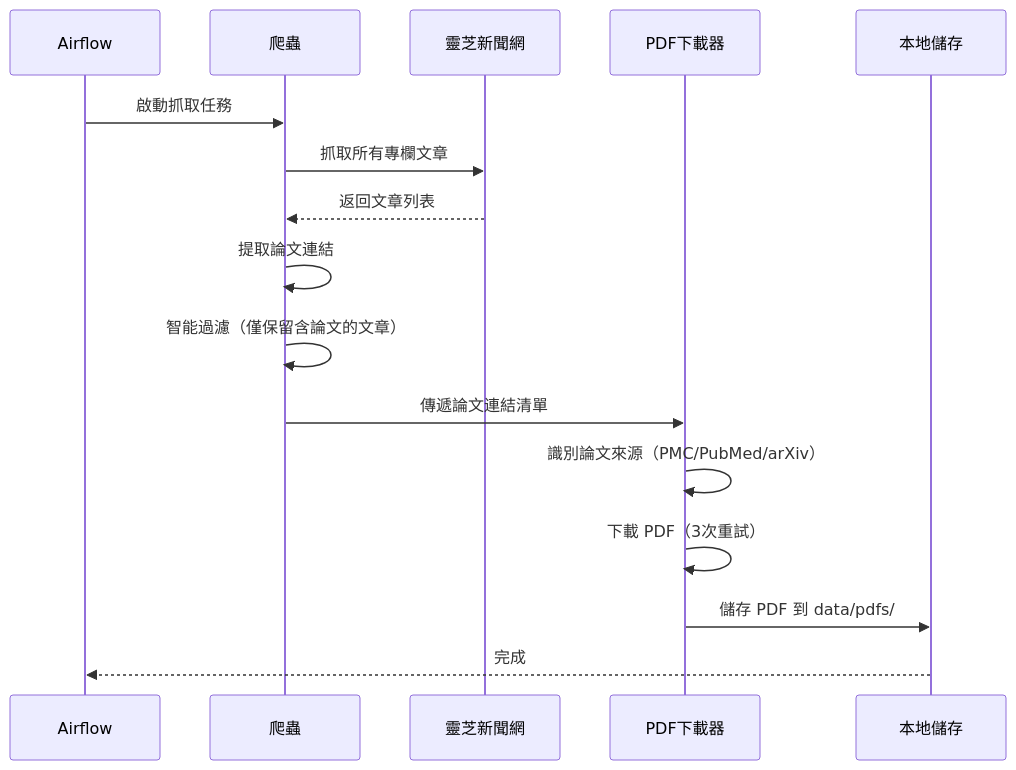
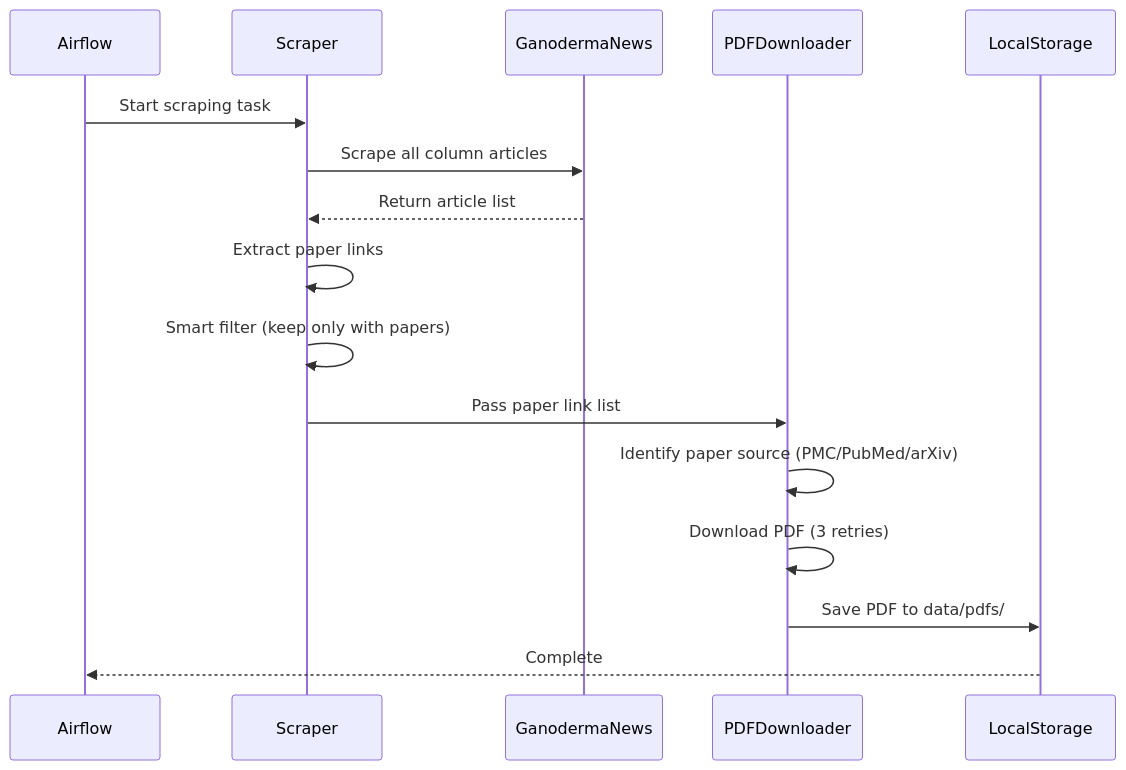
Before and after one commit to hanssusansu/Ganoderma-Paper-RAG-System-: the second of 4 diagrams in docs/SYSTEM_OVERVIEW.md, drawn with Mermaid. The commit also changed other lines of this file and 26 other files, not shown here.

````diff
--- a/docs/SYSTEM_OVERVIEW.md
+++ b/docs/SYSTEM_OVERVIEW.md
@@ -179,19 +179,19 @@
 ```mermaid
 sequenceDiagram
     participant Airflow
-    participant Scraper as 爬蟲
-    participant GNews as 靈芝新聞網
-    participant Downloader as PDF下載器
-    participant Storage as 本地儲存
+    participant Scraper
+    participant GNews as GanodermaNews
+    participant Downloader as PDFDownloader
+    participant Storage as LocalStorage
     
-    Airflow->>Scraper: 啟動抓取任務
-    Scraper->>GNews: 抓取所有專欄文章
-    GNews-->>Scraper: 返回文章列表
-    Scraper->>Scraper: 提取論文連結
-    Scraper->>Scraper: 智能過濾（僅保留含論文的文章）
-    Scraper->>Downloader: 傳遞論文連結清單
-    Downloader->>Downloader: 識別論文來源（PMC/PubMed/arXiv）
-    Downloader->>Downloader: 下載 PDF（3次重試）
-    Downloader->>Storage: 儲存 PDF 到 data/pdfs/
-    Storage-->>Airflow: 完成
+    Airflow->>Scraper: Start scraping task
+    Scraper->>GNews: Scrape all column articles
+    GNews-->>Scraper: Return article list
+    Scraper->>Scraper: Extract paper links
+    Scraper->>Scraper: Smart filter (keep only with papers)
+    Scraper->>Downloader: Pass paper link list
+    Downloader->>Downloader: Identify paper source (PMC/PubMed/arXiv)
+    Downloader->>Downloader: Download PDF (3 retries)
+    Downloader->>Storage: Save PDF to data/pdfs/
+    Storage-->>Airflow: Complete
 ```
````
